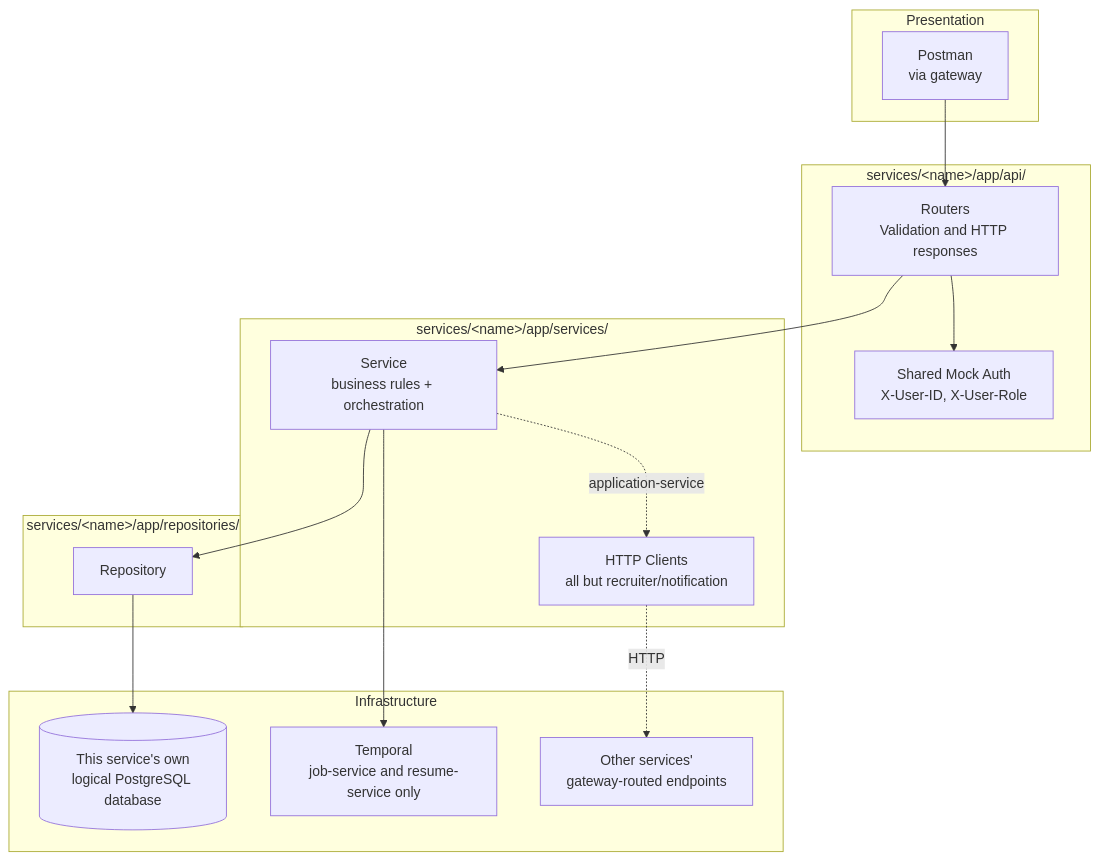
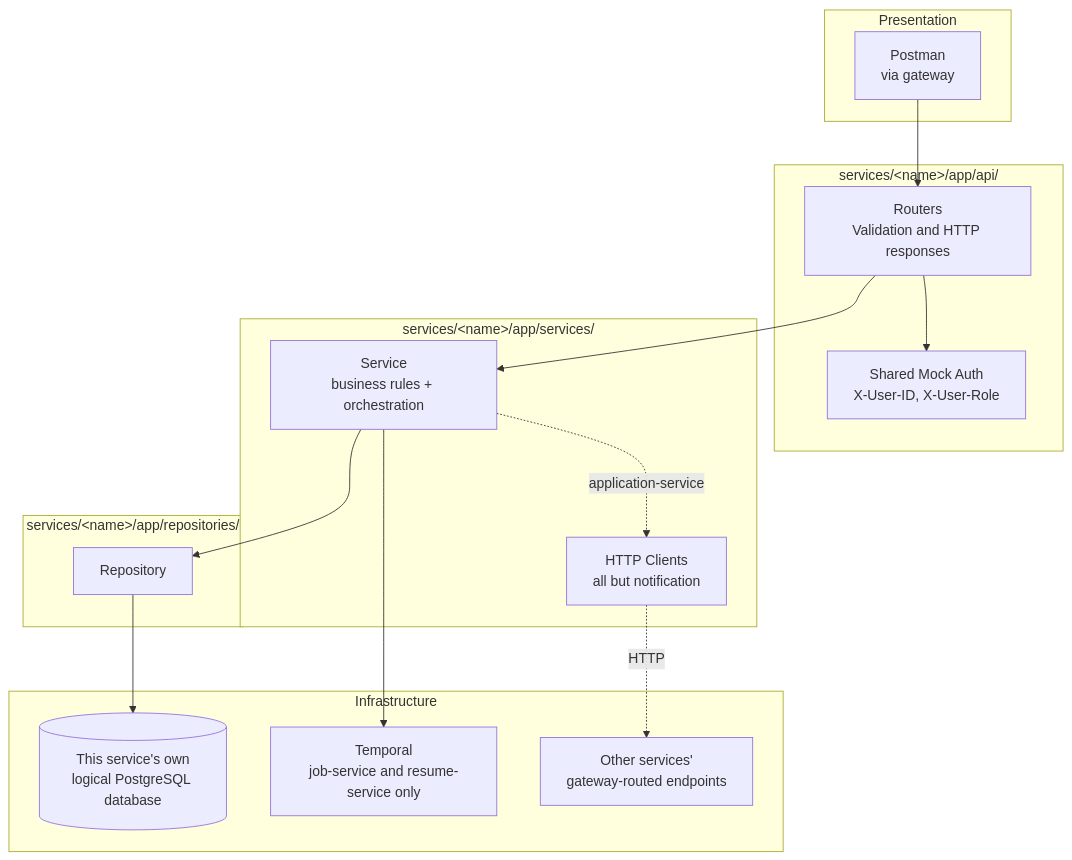
The second of 7 diagrams in docs/ARCHITECTURE.md (afnan-emumba/smart-hire), drawn with Mermaid before and after one commit. The commit also changed other lines of this file and 84 other files, not shown here.

````diff
--- a/docs/ARCHITECTURE.md
+++ b/docs/ARCHITECTURE.md
@@ -61,35 +58,35 @@
 ```mermaid
 flowchart TB
     subgraph Presentation
         postman[Postman<br/>via gateway]
     end
 
     subgraph API["services/&lt;name&gt;/app/api/"]
         routers[Routers<br/>Validation and HTTP responses]
         auth[Shared Mock Auth<br/>X-User-ID, X-User-Role]
     end
 
     subgraph Domain["services/&lt;name&gt;/app/services/"]
         svc[Service<br/>business rules + orchestration]
-        clients[HTTP Clients<br/>all but recruiter/notification]
+        clients[HTTP Clients<br/>all but notification]
     end
 
     subgraph DataAccess["services/&lt;name&gt;/app/repositories/"]
         repo[Repository]
     end
 
     subgraph Infrastructure
         db[(This service's own<br/>logical PostgreSQL database)]
         workflow[Temporal<br/>job-service and resume-service only]
         other[Other services'<br/>gateway-routed endpoints]
     end
 
     postman --> routers
     routers --> auth
     routers --> svc
     svc --> repo
     repo --> db
     svc --> workflow
     svc -.application-service.-> clients
     clients -.HTTP.-> other
 ```
````
